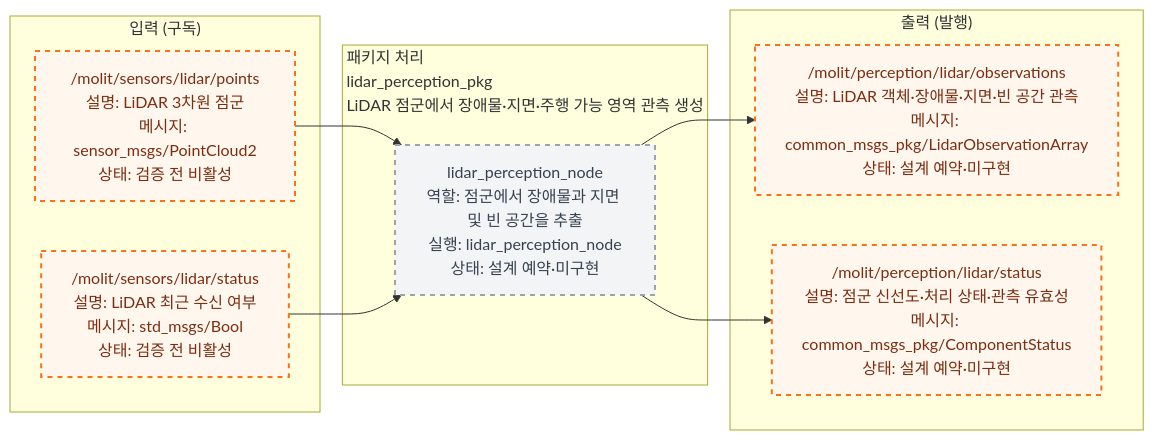
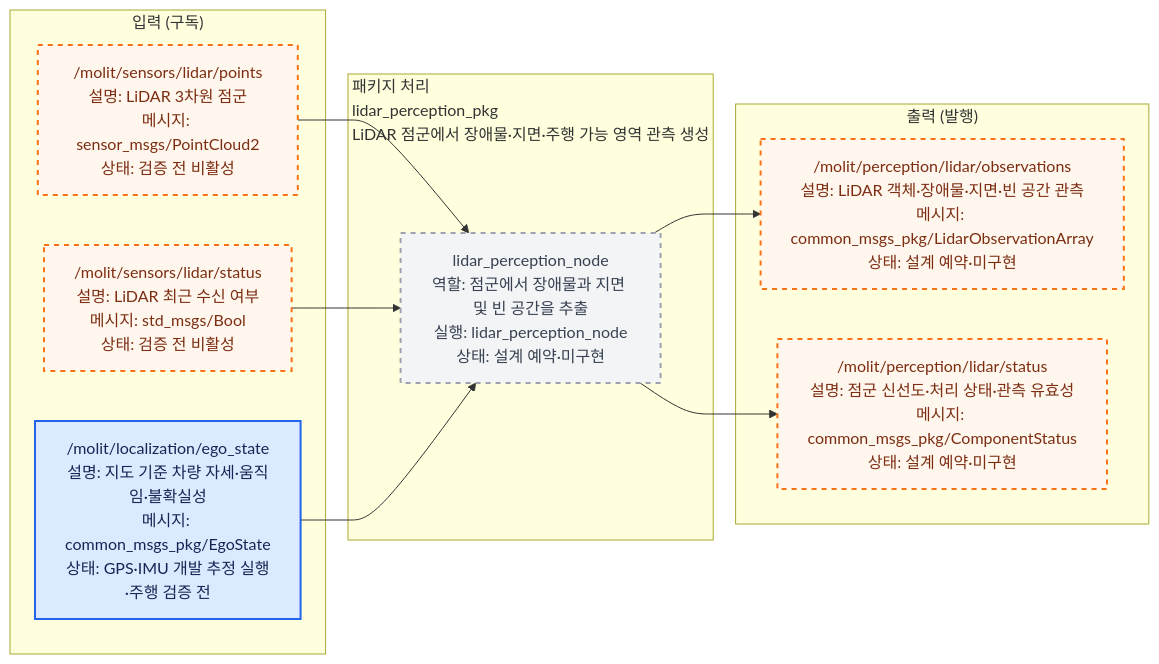
Before and after one commit to Team-Stier/Morai_Sim_team2: the diagram in src/lidar_perception_pkg/docs/interface_io.mmd, drawn with Mermaid. The commit also changed 27 other files, not shown here.

```diff
--- a/src/lidar_perception_pkg/docs/interface_io.mmd
+++ b/src/lidar_perception_pkg/docs/interface_io.mmd
@@ -1,32 +1,35 @@
 %% AUTO-GENERATED by ros_architecture_pkg/scripts/generate_interface_diagrams.py. DO NOT EDIT.
 %% Source of truth: ros_architecture_pkg/config/interface_contract.yaml
 flowchart LR
     classDef liveNode fill:#dcfce7,color:#14532d,stroke:#16a34a,stroke-width:2px;
     classDef reservedNode fill:#f3f4f6,color:#374151,stroke:#9ca3af,stroke-width:2px,stroke-dasharray: 5 5;
     classDef liveTopic fill:#dbeafe,color:#172554,stroke:#2563eb,stroke-width:2px;
     classDef reservedTopic fill:#fff7ed,color:#7c2d12,stroke:#f97316,stroke-width:2px,stroke-dasharray: 5 5;
     classDef emptyPort fill:#ffffff,color:#6b7280,stroke:#d1d5db,stroke-dasharray: 3 3;
     classDef externalEndpoint fill:#f3e8ff,color:#581c87,stroke:#9333ea,stroke-width:3px;
 
     subgraph INPUTS["입력 (구독)"]
         input_000["/molit/sensors/lidar/points<br/>설명: LiDAR 3차원 점군<br/>메시지: sensor_msgs/PointCloud2<br/>상태: 검증 전 비활성"]
         input_001["/molit/sensors/lidar/status<br/>설명: LiDAR 최근 수신 여부<br/>메시지: std_msgs/Bool<br/>상태: 검증 전 비활성"]
+        input_002["/molit/localization/ego_state<br/>설명: 지도 기준 차량 자세·움직임·불확실성<br/>메시지: common_msgs_pkg/EgoState<br/>상태: GPS·IMU 개발 추정 실행·주행 검증 전"]
     end
     subgraph PACKAGE["패키지 처리<br/>lidar_perception_pkg<br/>LiDAR 점군에서 장애물·지면·주행 가능 영역 관측 생성"]
         local_node_000["lidar_perception_node<br/>역할: 점군에서 장애물과 지면 및 빈 공간을 추출<br/>실행: lidar_perception_node<br/>상태: 설계 예약·미구현"]
     end
     subgraph OUTPUTS["출력 (발행)"]
         output_000["/molit/perception/lidar/observations<br/>설명: LiDAR 객체·장애물·지면·빈 공간 관측<br/>메시지: common_msgs_pkg/LidarObservationArray<br/>상태: 설계 예약·미구현"]
         output_001["/molit/perception/lidar/status<br/>설명: 점군 신선도·처리 상태·관측 유효성<br/>메시지: common_msgs_pkg/ComponentStatus<br/>상태: 설계 예약·미구현"]
     end
 
     input_000 --> local_node_000
     input_001 --> local_node_000
+    input_002 --> local_node_000
     local_node_000 --> output_000
     local_node_000 --> output_001
 
     class local_node_000 reservedNode;
     class input_000 reservedTopic;
     class input_001 reservedTopic;
+    class input_002 liveTopic;
     class output_000 reservedTopic;
     class output_001 reservedTopic;
```
